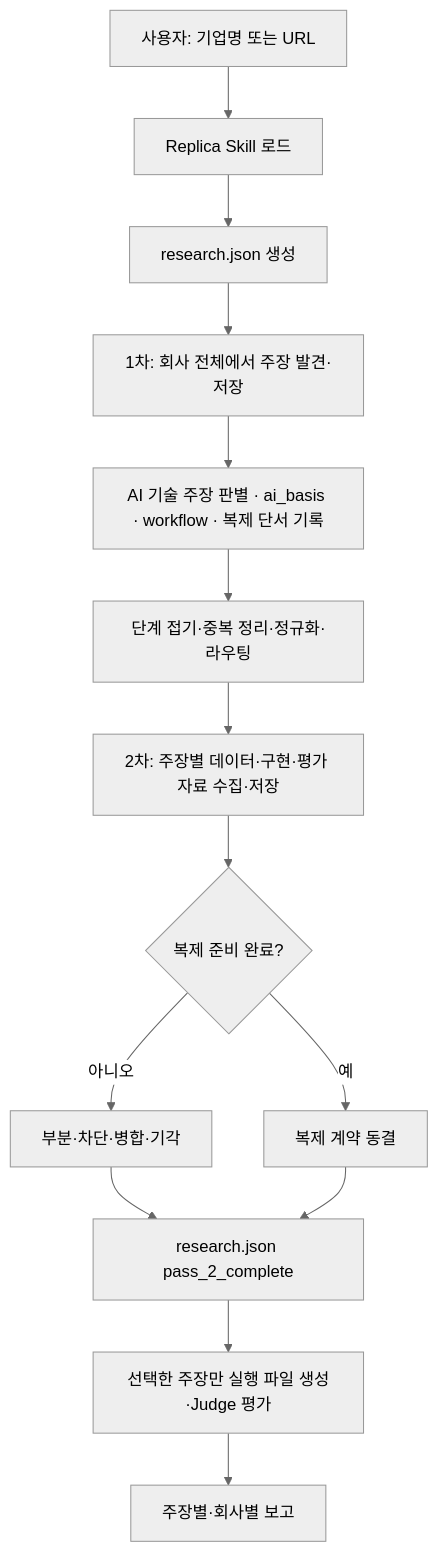
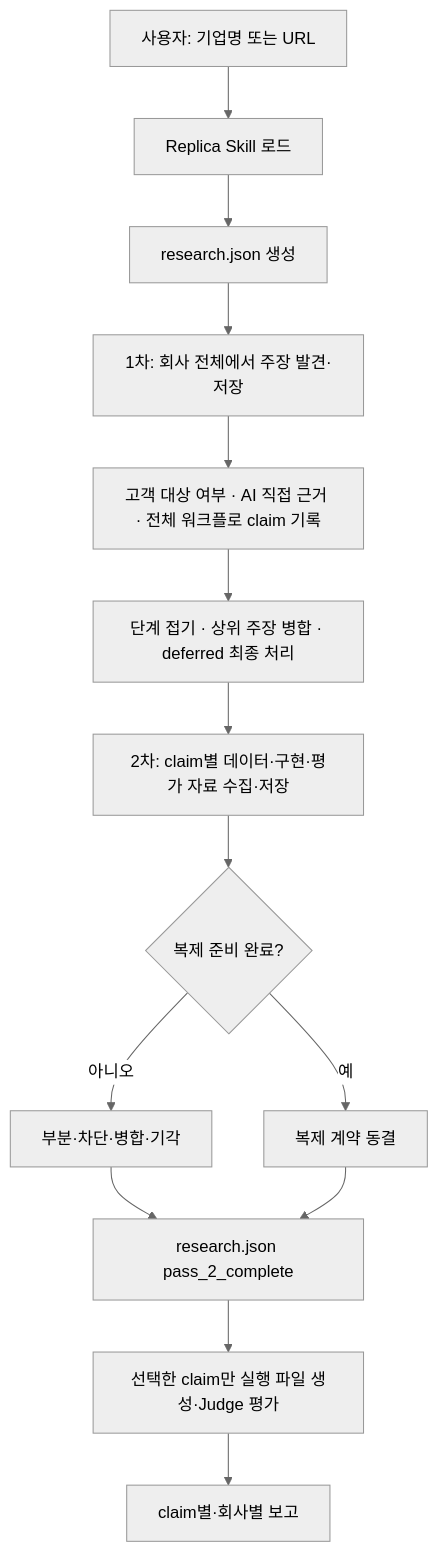
One commit to lpshi2002/replica-mvp changed the diagram in README.md. Above: the diagram before and after it, drawn with Mermaid (neutral theme). The commit also changed other lines of this file and 8 other files, not shown here.

````diff
--- a/README.md
+++ b/README.md
@@ -109,16 +109,16 @@
 ```mermaid
 flowchart TD
     A["사용자: 기업명 또는 URL"] --> S["Replica Skill 로드"]
     S --> R["research.json 생성"]
     R --> B["1차: 회사 전체에서 주장 발견·저장"]
-    B --> C["AI 기술 주장 판별 · ai_basis · workflow · 복제 단서 기록"]
-    C --> D["단계 접기·중복 정리·정규화·라우팅"]
-    D --> E["2차: 주장별 데이터·구현·평가 자료 수집·저장"]
+    B --> C["고객 대상 여부 · AI 직접 근거 · 전체 워크플로 claim 기록"]
+    C --> D["단계 접기 · 상위 주장 병합 · deferred 최종 처리"]
+    D --> E["2차: claim별 데이터·구현·평가 자료 수집·저장"]
     E --> F{"복제 준비 완료?"}
     F -->|아니오| G["부분·차단·병합·기각"]
     F -->|예| H["복제 계약 동결"]
     G --> K["research.json pass_2_complete"]
     H --> K
-    K --> I["선택한 주장만 실행 파일 생성·Judge 평가"]
-    I --> J["주장별·회사별 보고"]
+    K --> I["선택한 claim만 실행 파일 생성·Judge 평가"]
+    I --> J["claim별·회사별 보고"]
 ```
````
